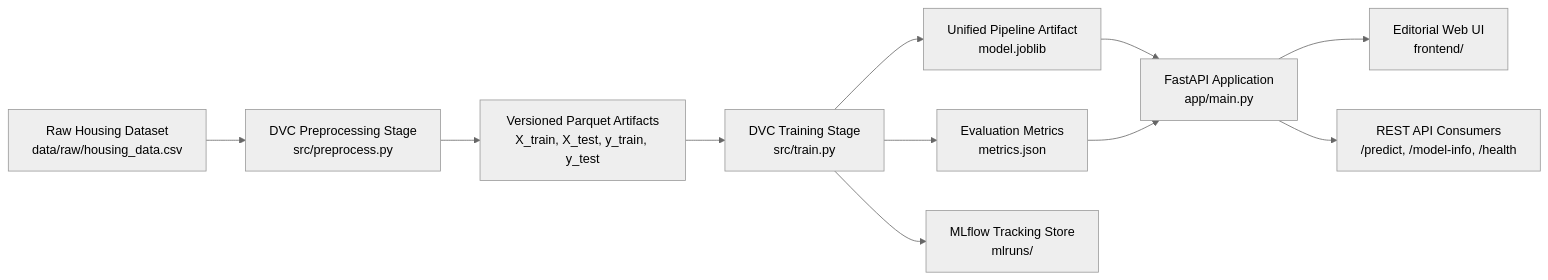
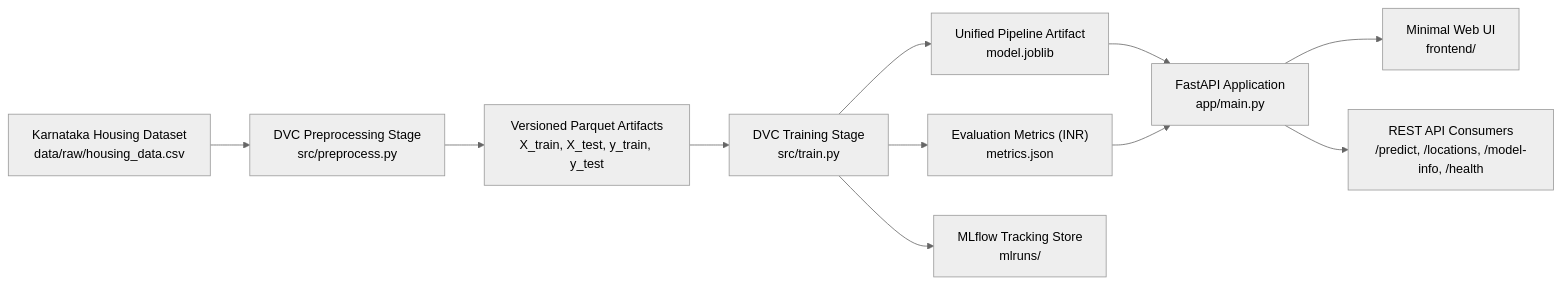
The diagram in README.md (afreen8088/House-price-prediction), drawn with Mermaid (neutral theme) before and after one commit. The commit also changed other lines of this file and 17 other files, not shown here.

````diff
--- a/README.md
+++ b/README.md
@@ -13,13 +13,13 @@
 ```mermaid
 flowchart LR
-    A["Raw Housing Dataset<br/>data/raw/housing_data.csv"] --> B["DVC Preprocessing Stage<br/>src/preprocess.py"]
+    A["Karnataka Housing Dataset<br/>data/raw/housing_data.csv"] --> B["DVC Preprocessing Stage<br/>src/preprocess.py"]
     B --> C["Versioned Parquet Artifacts<br/>X_train, X_test, y_train, y_test"]
     C --> D["DVC Training Stage<br/>src/train.py"]
     D --> E["Unified Pipeline Artifact<br/>model.joblib"]
-    D --> F["Evaluation Metrics<br/>metrics.json"]
+    D --> F["Evaluation Metrics (INR)<br/>metrics.json"]
     D --> G["MLflow Tracking Store<br/>mlruns/"]
     E --> H["FastAPI Application<br/>app/main.py"]
     F --> H
-    H --> I["Editorial Web UI<br/>frontend/"]
-    H --> J["REST API Consumers<br/>/predict, /model-info, /health"]
+    H --> I["Minimal Web UI<br/>frontend/"]
+    H --> J["REST API Consumers<br/>/predict, /locations, /model-info, /health"]
 ```
````
